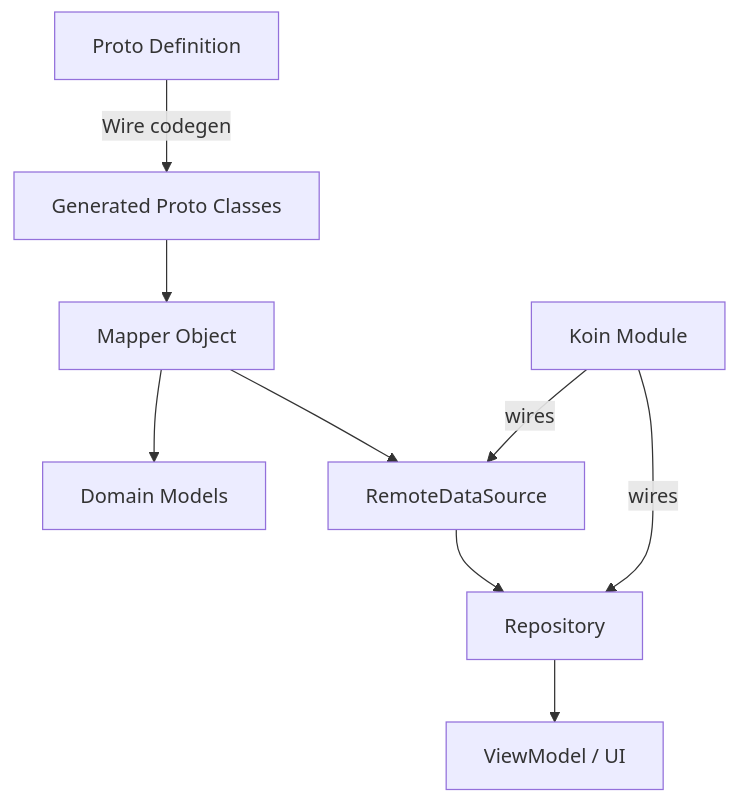
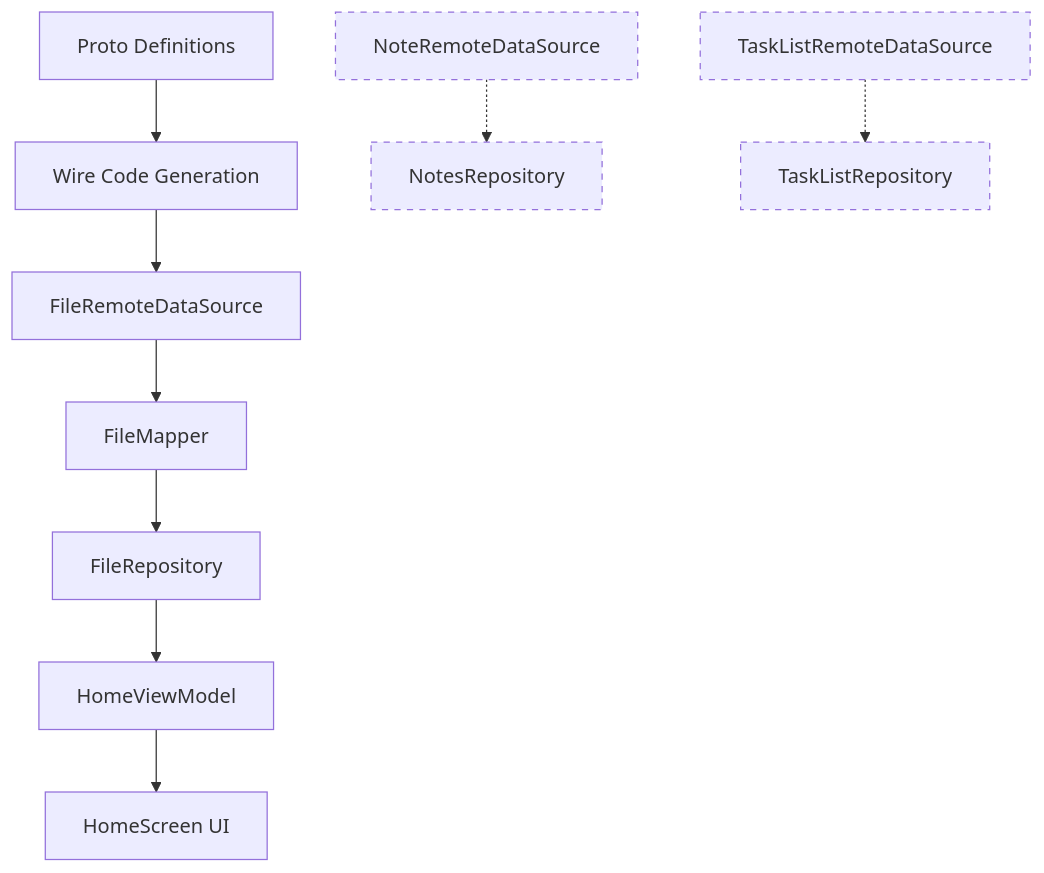
The diagram in .kiro/specs/proto-api-update/design.md (OneFiveFour/notes), drawn with Mermaid before and after one commit. The commit also changed other lines of this file and 5 other files, not shown here.

First line of the commit message:
feat(proto): update backend API contracts for file, note, and task list services

````diff
--- a/.kiro/specs/proto-api-update/design.md
+++ b/.kiro/specs/proto-api-update/design.md
@@ -19,11 +18,17 @@
 ```mermaid
 graph TD
-    A[Proto Definition] -->|Wire codegen| B[Generated Proto Classes]
-    B --> C[Mapper Object]
-    C --> D[Domain Models]
-    C --> E[RemoteDataSource]
-    E --> F[Repository]
-    F --> G[ViewModel / UI]
-    H[Koin Module] -->|wires| E
-    H -->|wires| F
+    A[Proto Definitions] --> B[Wire Code Generation]
+    B --> C[FileRemoteDataSource]
+    C --> D[FileMapper]
+    D --> E[FileRepository]
+    E --> F[HomeViewModel]
+    F --> G[HomeScreen UI]
+
+    H[NoteRemoteDataSource] -.-> I[NotesRepository]
+    J[TaskListRemoteDataSource] -.-> K[TaskListRepository]
+
+    style H stroke-dasharray: 5 5
+    style I stroke-dasharray: 5 5
+    style J stroke-dasharray: 5 5
+    style K stroke-dasharray: 5 5
 ```
````
